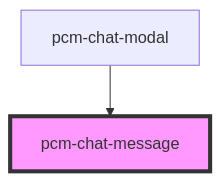
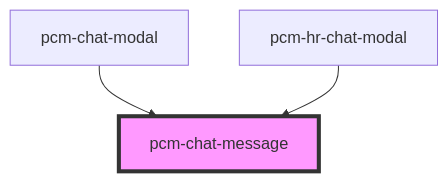
One commit to Pincaimao/pcm-agents-sdk changed the diagram in packages/pcm-agents/docs/components/pcm-chat-message/readme.md. Above: the diagram before and after it, drawn with Mermaid. The commit also changed other lines of this file and 7 other files, not shown here.

````diff
--- a/packages/pcm-agents/docs/components/pcm-chat-message/readme.md
+++ b/packages/pcm-agents/docs/components/pcm-chat-message/readme.md
@@ -26,5 +27,6 @@
 ```mermaid
 graph TD;
   pcm-chat-modal --> pcm-chat-message
+  pcm-hr-chat-modal --> pcm-chat-message
   style pcm-chat-message fill:#f9f,stroke:#333,stroke-width:4px
 ```
````
